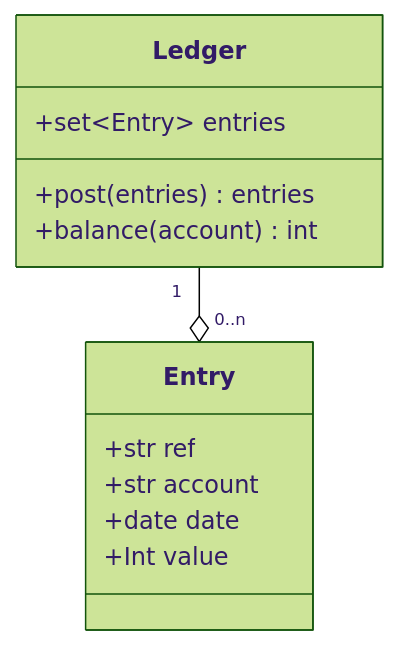
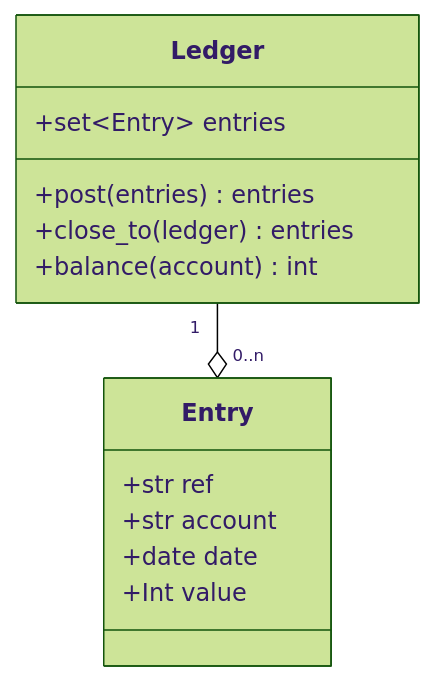
Before and after one commit to samthorold/booker: the second of 3 diagrams in docs/domain.md, drawn with Mermaid (forest theme). The commit also changed other lines of this file and 2 other files, not shown here.

````diff
--- a/docs/domain.md
+++ b/docs/domain.md
@@ -189,15 +160,16 @@
 ```mermaid
 classDiagram
   Ledger "1" --o "0..n" Entry
   class Ledger{
     +set~Entry~ entries
     +post(entries) entries
+    +close_to(ledger) entries
     +balance(account) int
   }
   class Entry{
     +str ref
     +str account
     +date date
     +Int value
   }
 ```
````
